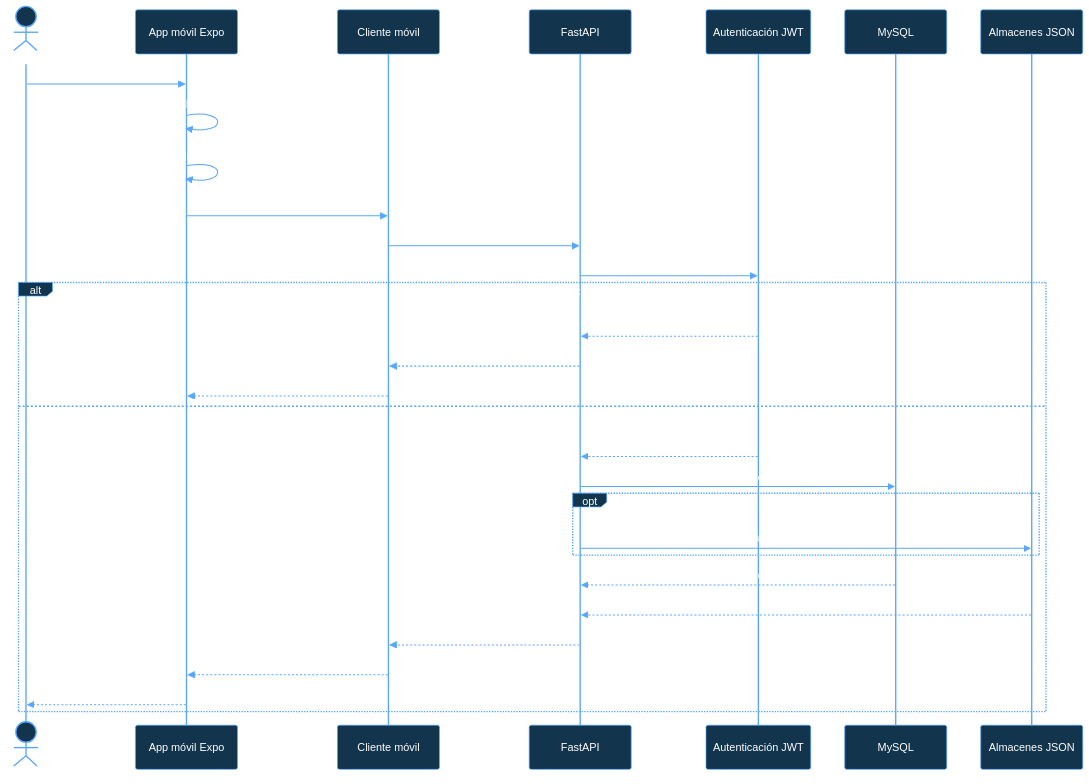
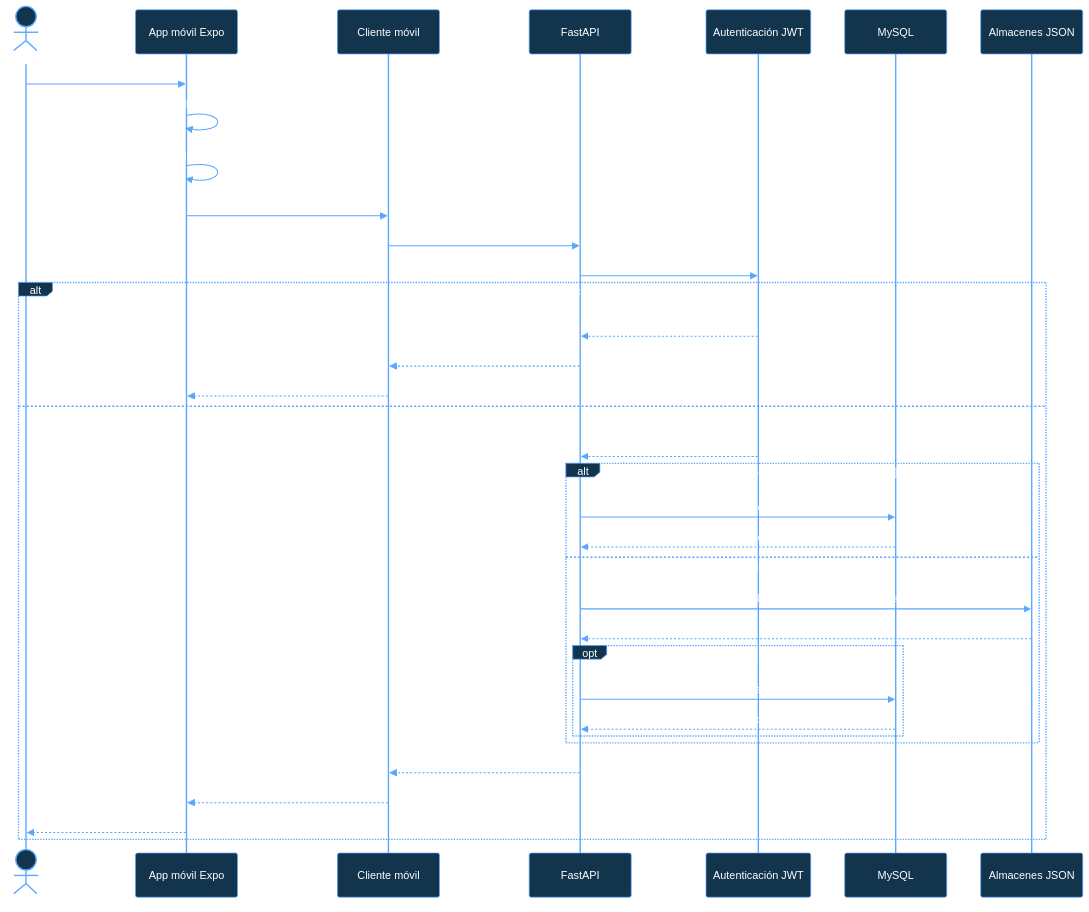
Before and after one commit to crisleon93/bookyhome: diagram 14 of 15 in docs/diagramas-secuencia-bookyhome.md, drawn with Mermaid. The commit also changed other lines of this file and 30 other files, not shown here.

First line of the commit message:
docs: revisa y organiza la documentacion UML de BookyHome

````diff
--- a/docs/diagramas-secuencia-bookyhome.md
+++ b/docs/diagramas-secuencia-bookyhome.md
@@ -787,34 +831,39 @@
 ```mermaid
-%%{init: {"theme":"base","themeVariables":{"background":"#0B1020","primaryColor":"#12344D","primaryTextColor":"#FFFFFF","primaryBorderColor":"#58A6FF","lineColor":"#58A6FF","textColor":"#FFFFFF","actorBkg":"#12344D","actorBorder":"#58A6FF","actorTextColor":"#FFFFFF","actorLineColor":"#58A6FF","signalColor":"#58A6FF","signalTextColor":"#FFFFFF","labelBoxBkgColor":"#12344D","labelBoxBorderColor":"#58A6FF","labelTextColor":"#FFFFFF","loopTextColor":"#FFFFFF","noteBkgColor":"#12344D","noteBorderColor":"#58A6FF","noteTextColor":"#FFFFFF","activationBkgColor":"#12344D","activationBorderColor":"#58A6FF","sequenceNumberColor":"#FFFFFF"}}}%%
+%%{init: {"theme":"base","themeVariables":{"background":"#000000","primaryColor":"#12344D","primaryTextColor":"#FFFFFF","primaryBorderColor":"#58A6FF","lineColor":"#58A6FF","textColor":"#FFFFFF","actorBkg":"#12344D","actorBorder":"#58A6FF","actorTextColor":"#FFFFFF","actorLineColor":"#58A6FF","signalColor":"#58A6FF","signalTextColor":"#FFFFFF","labelBoxBkgColor":"#12344D","labelBoxBorderColor":"#58A6FF","labelTextColor":"#FFFFFF","loopTextColor":"#FFFFFF","noteBkgColor":"#12344D","noteBorderColor":"#58A6FF","noteTextColor":"#FFFFFF","activationBkgColor":"#12344D","activationBorderColor":"#58A6FF","sequenceNumberColor":"#FFFFFF"}}}%%
 sequenceDiagram
     actor Usuario
     participant App as App móvil Expo
     participant Axios as Cliente móvil
     participant API as FastAPI
     participant Auth as Autenticación JWT
     participant DB as MySQL
     participant JSON as Almacenes JSON
 
     Usuario->>App: Abre pantalla protegida
     App->>App: Lee EXPO_PUBLIC_API_URL
     App->>App: Lee token almacenado en el contexto móvil
     App->>Axios: Solicitud HTTP con Bearer JWT
     Axios->>API: Llama al mismo endpoint web
     API->>Auth: Verifica token, usuario y rol
     alt Token inválido o expirado
         Auth-->>API: Autenticación rechazada
         API-->>Axios: 401
         Axios-->>App: Solicita volver a iniciar sesión
     else Token válido
         Auth-->>API: sub y rol
-        API->>DB: Ejecuta consulta o actualización
-        opt Flujo de carrito u órdenes
-            API->>JSON: Usa cart_store.json u orders.json
+        alt Endpoint con persistencia SQL
+            API->>DB: Ejecuta consulta o actualización
+            DB-->>API: Resultado
+        else Flujo de carrito u órdenes
+            API->>JSON: Lee o actualiza cart_store.json / orders.json
+            JSON-->>API: Resultado
+            opt Consulta o sincronización SQL del flujo
+                API->>DB: Consulta o sincroniza datos de la orden
+                DB-->>API: Datos actuales o confirmación
+            end
         end
-        DB-->>API: Resultado
-        JSON-->>API: Resultado
         API-->>Axios: Respuesta JSON
         Axios-->>App: Actualiza pantalla y contexto
         App-->>Usuario: Presenta resultado
     end
 ```
````
